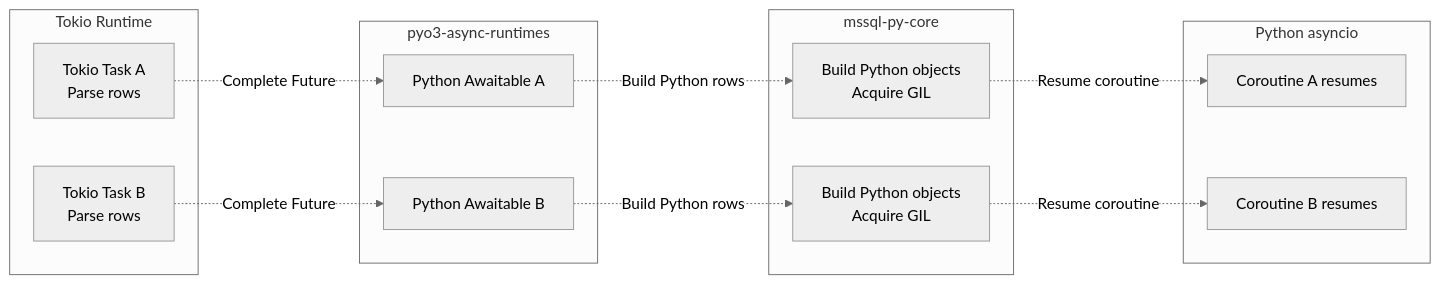
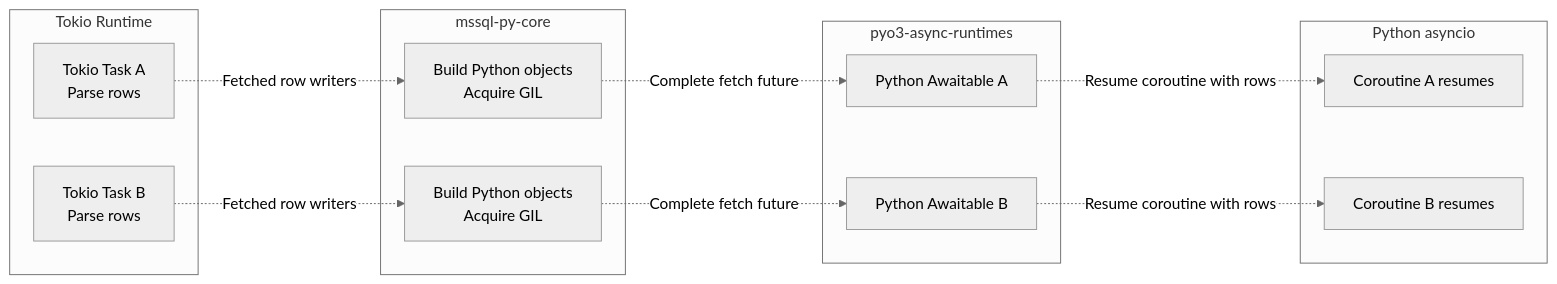
Before and after one commit to microsoft/mssql-rs: the sixth of 16 diagrams in docs/async-execution-design.md, drawn with Mermaid (neutral theme). The commit also changed other lines of this file and 1 other file, not shown here.

Commit message:
Correct async architecture documentation and API examples

````diff
--- a/docs/async-execution-design.md
+++ b/docs/async-execution-design.md
@@ -415,31 +456,30 @@
 ```mermaid
 flowchart LR
 
 subgraph TK["Tokio Runtime"]
     TA["Tokio Task A<br/>Parse rows"]
     TB["Tokio Task B<br/>Parse rows"]
 end
 
 subgraph BR["pyo3-async-runtimes"]
     WA["Python Awaitable A"]
     WB["Python Awaitable B"]
 end
 
 subgraph PC["mssql-py-core"]
     CA["Build Python objects<br/>Acquire GIL"]
     CB["Build Python objects<br/>Acquire GIL"]
 end
 
 subgraph PY["Python asyncio"]
     GA["Coroutine A resumes"]
     GB["Coroutine B resumes"]
 end
 
-TA -.->|"Complete Future"| WA
-TB -.->|"Complete Future"| WB
-
-WA -.->|"Build Python rows"| CA
-WB -.->|"Build Python rows"| CB
-CA -.->|"Resume coroutine"| GA
-CB -.->|"Resume coroutine"| GB
+TA -.->|"Fetched row writers"| CA
+TB -.->|"Fetched row writers"| CB
+CA -.->|"Complete fetch future"| WA
+CB -.->|"Complete fetch future"| WB
+WA -.->|"Resume coroutine with rows"| GA
+WB -.->|"Resume coroutine with rows"| GB
 ```
````
